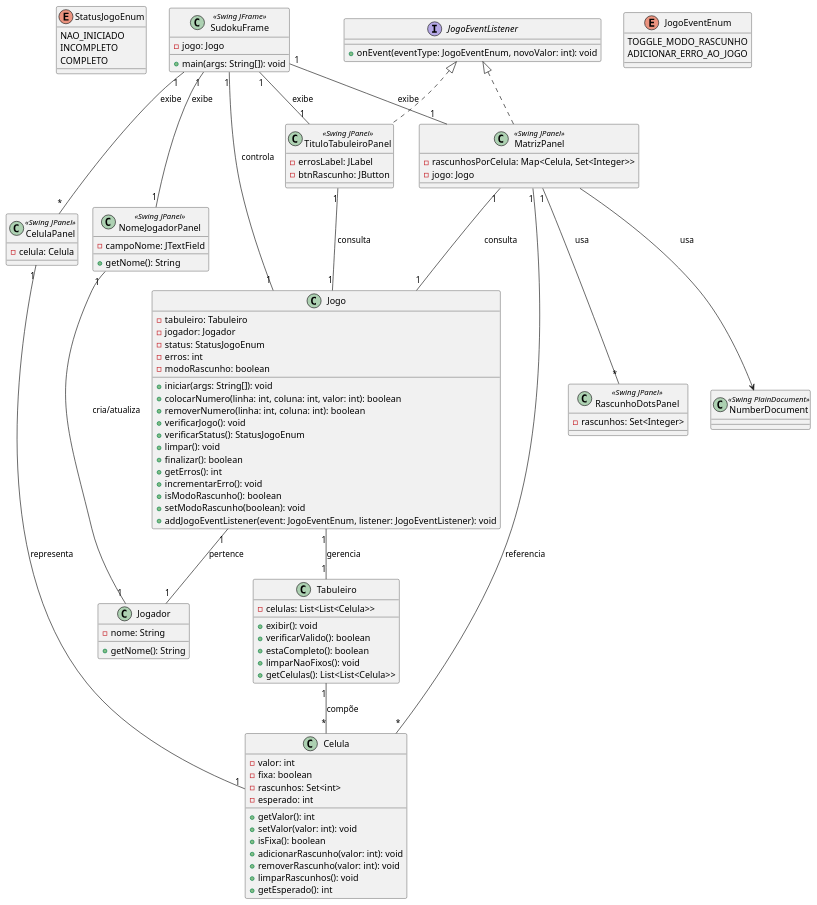
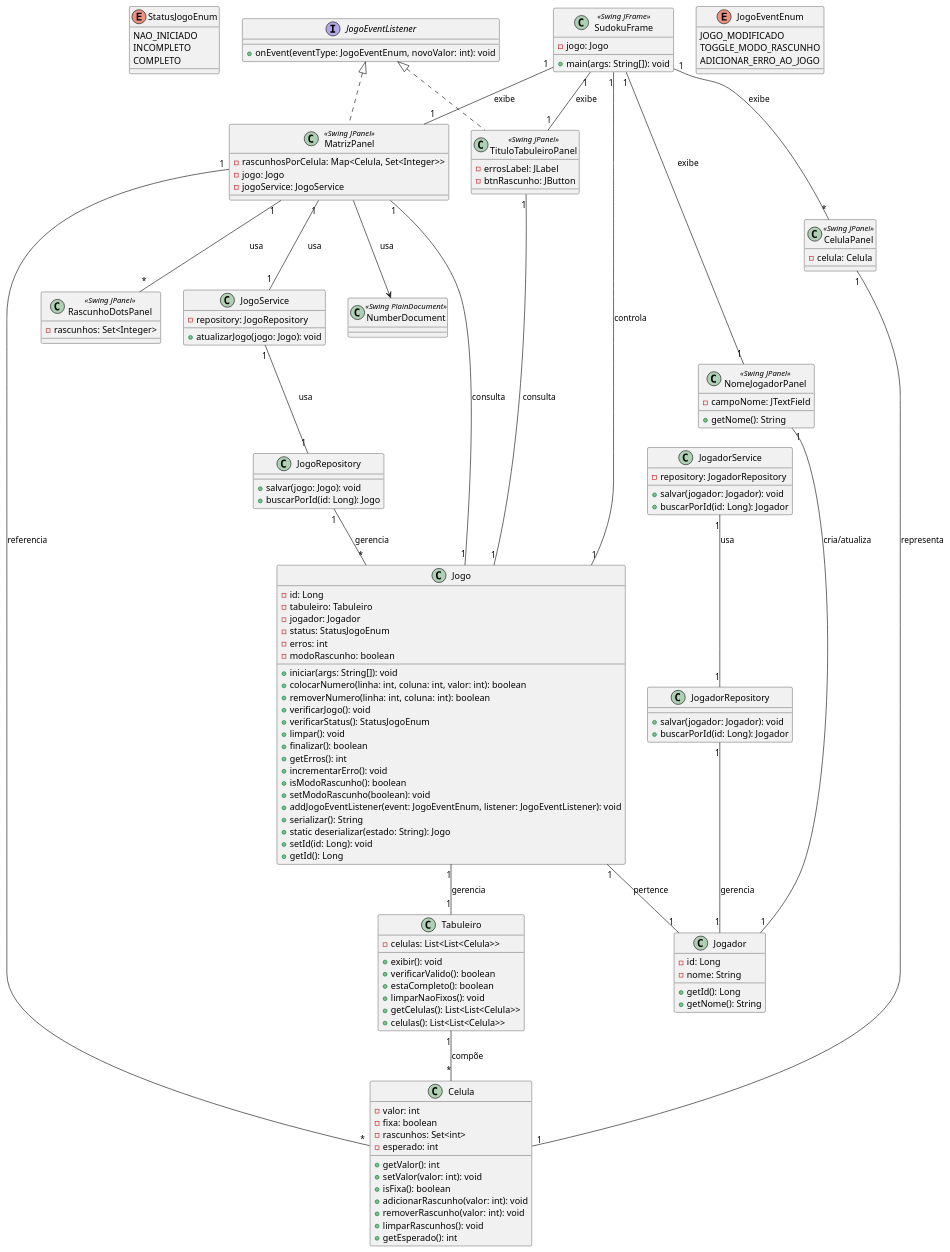
One commit to didifive/sudoku-java changed the diagram in docs/diagrams/class-diagram.puml. Above: the diagram before and after it, drawn with PlantUML. The commit also changed 19 other files, not shown here.

```diff
--- a/docs/diagrams/class-diagram.puml
+++ b/docs/diagrams/class-diagram.puml
@@ -1,113 +1,149 @@
 @startuml
 enum StatusJogoEnum {
     NAO_INICIADO
     INCOMPLETO
     COMPLETO
 }
 
 class Jogo {
+    - id: Long
     - tabuleiro: Tabuleiro
     - jogador: Jogador
     - status: StatusJogoEnum
     - erros: int
     - modoRascunho: boolean
     + iniciar(args: String[]): void
     + colocarNumero(linha: int, coluna: int, valor: int): boolean
     + removerNumero(linha: int, coluna: int): boolean
     + verificarJogo(): void
     + verificarStatus(): StatusJogoEnum
     + limpar(): void
     + finalizar(): boolean
     + getErros(): int
     + incrementarErro(): void
     + isModoRascunho(): boolean
     + setModoRascunho(boolean): void
     + addJogoEventListener(event: JogoEventEnum, listener: JogoEventListener): void
+    + serializar(): String
+    + static deserializar(estado: String): Jogo
+    + setId(id: Long): void
+    + getId(): Long
 }
 
 class Tabuleiro {
     - celulas: List<List<Celula>>
     + exibir(): void
     + verificarValido(): boolean
     + estaCompleto(): boolean
     + limparNaoFixos(): void
     + getCelulas(): List<List<Celula>>
+    + celulas(): List<List<Celula>>
 }
 
 class Celula {
     - valor: int
     - fixa: boolean
     - rascunhos: Set<int>
     - esperado: int
     + getValor(): int
     + setValor(valor: int): void
     + isFixa(): boolean
     + adicionarRascunho(valor: int): void
     + removerRascunho(valor: int): void
     + limparRascunhos(): void
     + getEsperado(): int
 }
 
 class Jogador {
+    - id: Long
     - nome: String
+    + getId(): Long
     + getNome(): String
 }
 
 class SudokuFrame <<Swing JFrame>> {
     - jogo: Jogo
     + main(args: String[]): void
 }
 
 class CelulaPanel <<Swing JPanel>> {
     - celula: Celula
 }
 
 class NomeJogadorPanel <<Swing JPanel>> {
     - campoNome: JTextField
     + getNome(): String
 }
 
 class MatrizPanel <<Swing JPanel>> {
     - rascunhosPorCelula: Map<Celula, Set<Integer>>
     - jogo: Jogo
+    - jogoService: JogoService
 }
 
 class TituloTabuleiroPanel <<Swing JPanel>> {
     - errosLabel: JLabel
     - btnRascunho: JButton
 }
 
 class RascunhoDotsPanel <<Swing JPanel>> {
     - rascunhos: Set<Integer>
 }
 
 class NumberDocument <<Swing PlainDocument>> {
 }
 
+class JogoService {
+    - repository: JogoRepository
+    + atualizarJogo(jogo: Jogo): void
+}
+
+class JogoRepository {
+    + salvar(jogo: Jogo): void
+    + buscarPorId(id: Long): Jogo
+}
+
+class JogadorService {
+    - repository: JogadorRepository
+    + salvar(jogador: Jogador): void
+    + buscarPorId(id: Long): Jogador
+}
+
+class JogadorRepository {
+    + salvar(jogador: Jogador): void
+    + buscarPorId(id: Long): Jogador
+}
+
 interface JogoEventListener {
     + onEvent(eventType: JogoEventEnum, novoValor: int): void
 }
 
 enum JogoEventEnum {
+    JOGO_MODIFICADO
     TOGGLE_MODO_RASCUNHO
     ADICIONAR_ERRO_AO_JOGO
 }
 
 Jogo "1" -- "1" Tabuleiro : gerencia
 Jogo "1" -- "1" Jogador : pertence
 Tabuleiro "1" -- "*" Celula : compõe
 SudokuFrame "1" -- "1" Jogo : controla
 SudokuFrame "1" -- "*" CelulaPanel : exibe
 CelulaPanel "1" -- "1" Celula : representa
 SudokuFrame "1" -- "1" NomeJogadorPanel : exibe
 NomeJogadorPanel "1" -- "1" Jogador : cria/atualiza
 SudokuFrame "1" -- "1" MatrizPanel : exibe
 SudokuFrame "1" -- "1" TituloTabuleiroPanel : exibe
 MatrizPanel "1" -- "*" RascunhoDotsPanel : usa
 MatrizPanel "1" -- "1" Jogo : consulta
+MatrizPanel "1" -- "1" JogoService : usa
 TituloTabuleiroPanel "1" -- "1" Jogo : consulta
 MatrizPanel "1" -- "*" Celula : referencia
 MatrizPanel  -->  NumberDocument : usa
+JogoService "1" -- "1" JogoRepository : usa
+JogoRepository "1" -- "*" Jogo : gerencia
+JogadorService "1" -- "1" JogadorRepository : usa
+JogadorRepository "1" -- "1" Jogador : gerencia
 JogoEventListener <|.. MatrizPanel
 JogoEventListener <|.. TituloTabuleiroPanel
 @enduml
```
